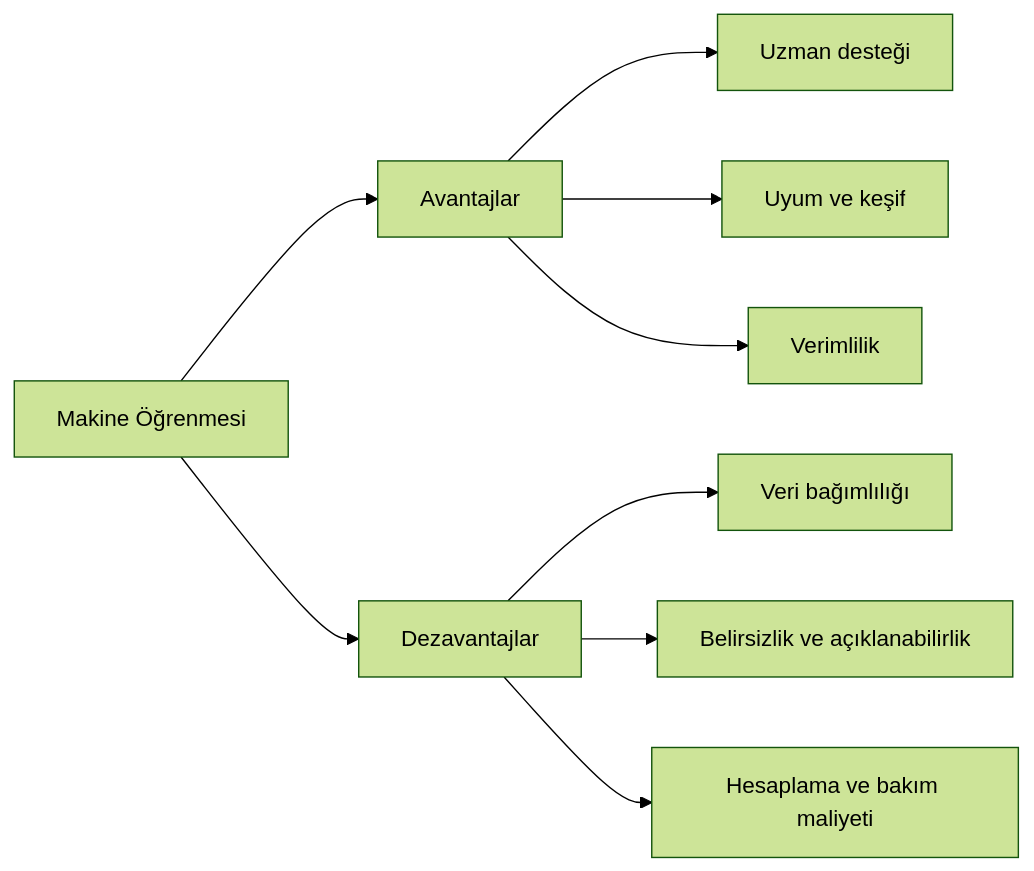
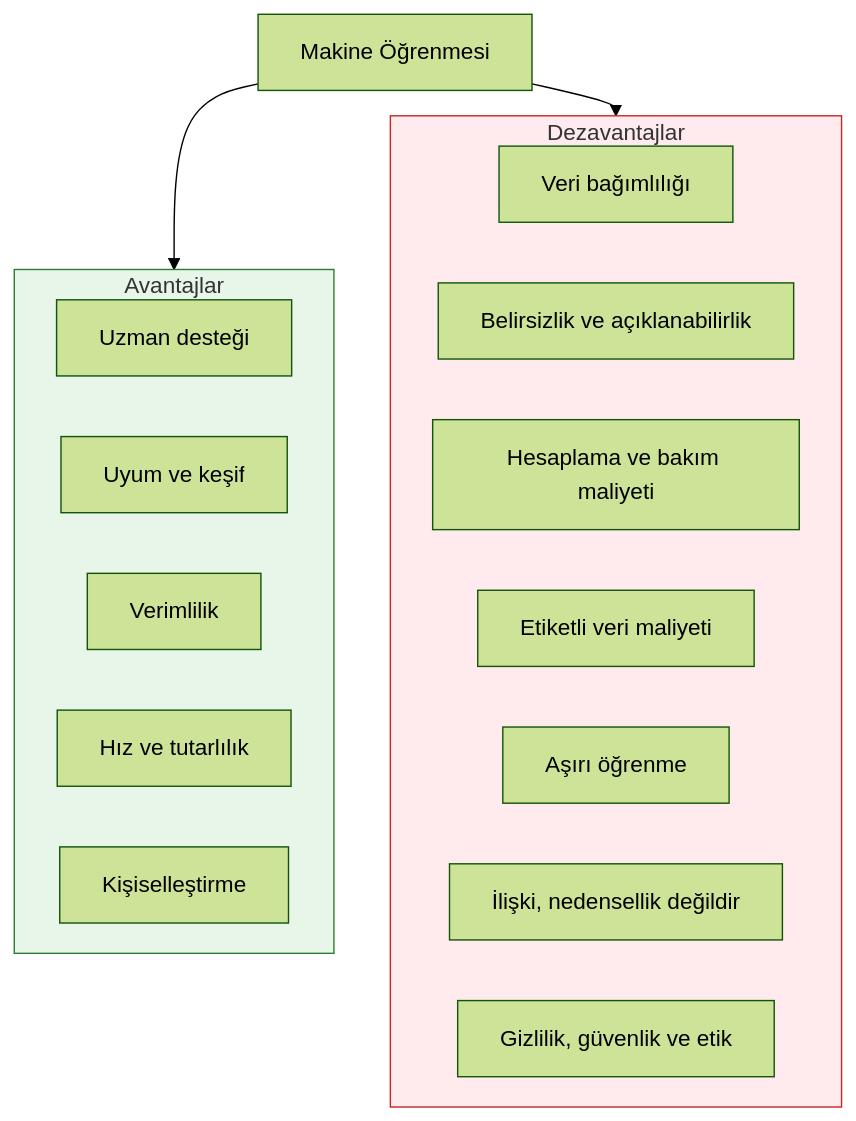
The diagram in images/diyagramlar/03_avantaj_dezavantaj.mmd (erkanozhan/machinelearning), drawn with Mermaid (forest theme) before and after one commit. The commit also changed 2 other files, not shown here.

```diff
--- a/images/diyagramlar/03_avantaj_dezavantaj.mmd
+++ b/images/diyagramlar/03_avantaj_dezavantaj.mmd
@@ -1,9 +1,15 @@
-graph LR
-    A[Makine Öğrenmesi] --> B[Avantajlar]
-    A --> C[Dezavantajlar]
-    B --> D[Uzman desteği]
-    B --> E[Uyum ve keşif]
-    B --> F[Verimlilik]
-    C --> G[Veri bağımlılığı]
-    C --> H[Belirsizlik ve açıklanabilirlik]
-    C --> I[Hesaplama ve bakım maliyeti]
+%%{init: {"flowchart": {"rankSpacing": 18, "nodeSpacing": 40}}}%%
+flowchart TB
+    A[Makine Öğrenmesi]
+    A --> AV
+    A --> DZ
+    subgraph AV["Avantajlar"]
+        direction TB
+        a1[Uzman desteği] ~~~ a2[Uyum ve keşif] ~~~ a3[Verimlilik] ~~~ a4[Hız ve tutarlılık] ~~~ a5[Kişiselleştirme]
+    end
+    subgraph DZ["Dezavantajlar"]
+        direction TB
+        d1[Veri bağımlılığı] ~~~ d2[Belirsizlik ve açıklanabilirlik] ~~~ d3[Hesaplama ve bakım maliyeti] ~~~ d4[Etiketli veri maliyeti] ~~~ d5[Aşırı öğrenme] ~~~ d6[İlişki, nedensellik değildir] ~~~ d7[Gizlilik, güvenlik ve etik]
+    end
+    style AV fill:#e8f5e9,stroke:#2e7d32
+    style DZ fill:#ffebee,stroke:#c62828
```
